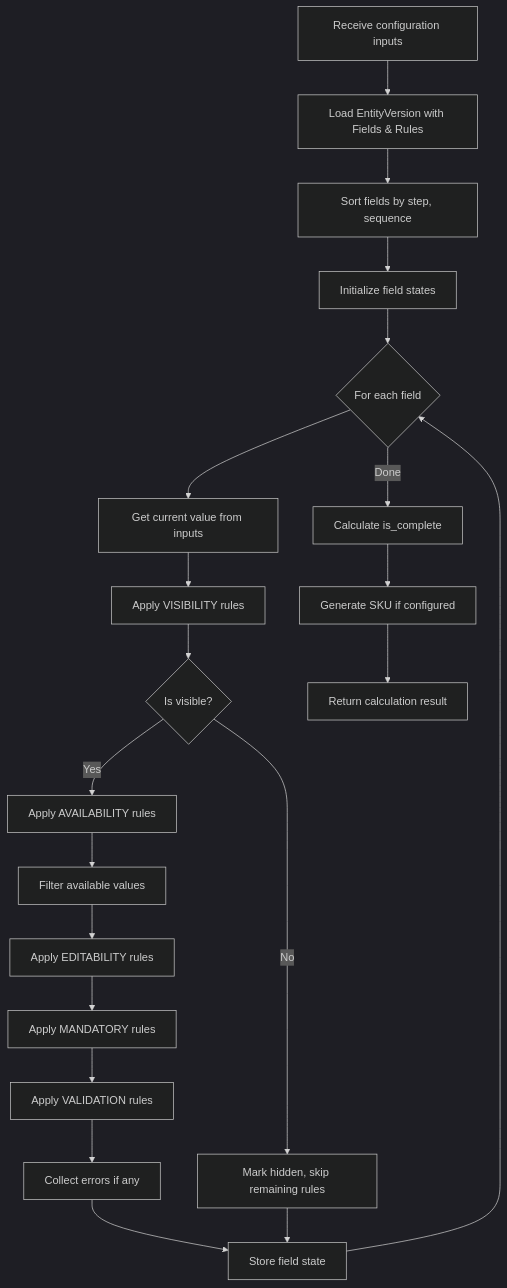
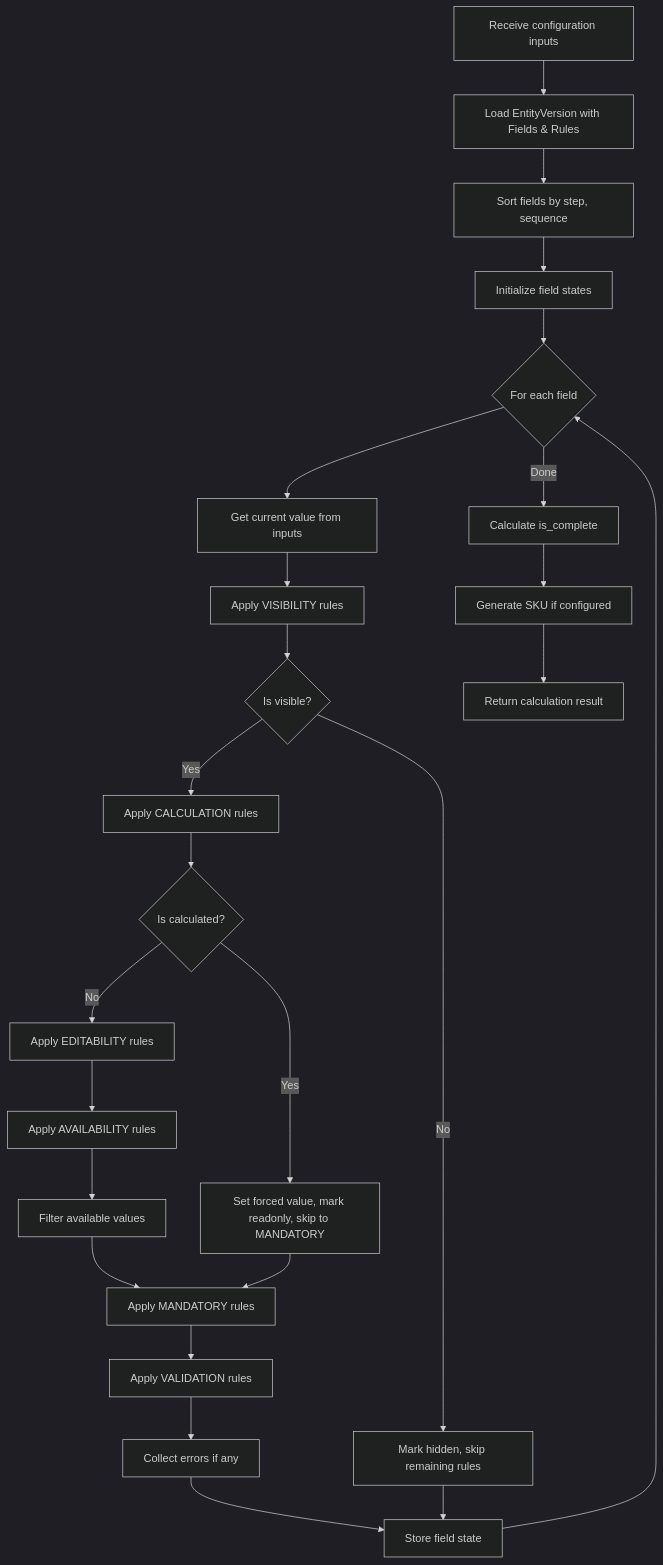
Before and after one commit to matteop3/rule_engine: the fourth of 4 diagrams in README.md, drawn with Mermaid (dark theme). The commit also changed other lines of this file and 22 other files, not shown here.

Commit message:
Add CALCULATION rule type for derived field values

````diff
--- a/README.md
+++ b/README.md
@@ -320,29 +322,34 @@
 ```mermaid
 flowchart TD
     A[Receive configuration inputs] --> B[Load EntityVersion with Fields & Rules]
     B --> C[Sort fields by step, sequence]
     C --> D[Initialize field states]
 
     D --> E{For each field}
     E --> F[Get current value from inputs]
     F --> G[Apply VISIBILITY rules]
     G --> H{Is visible?}
 
     H -->|No| I[Mark hidden, skip remaining rules]
-    H -->|Yes| J[Apply AVAILABILITY rules]
+    H -->|Yes| CA[Apply CALCULATION rules]
 
-    J --> K[Filter available values]
-    K --> L[Apply EDITABILITY rules]
+    CA --> CB{Is calculated?}
+    CB -->|Yes| CC[Set forced value, mark readonly, skip to MANDATORY]
+    CB -->|No| J[Apply EDITABILITY rules]
+
+    J --> K[Apply AVAILABILITY rules]
+    K --> L[Filter available values]
     L --> M[Apply MANDATORY rules]
+    CC --> M
     M --> N[Apply VALIDATION rules]
 
     N --> O[Collect errors if any]
     O --> P[Store field state]
     P --> E
 
     E -->|Done| Q[Calculate is_complete]
     Q --> R[Generate SKU if configured]
     R --> S[Return calculation result]
 
     I --> P
 ```
````
